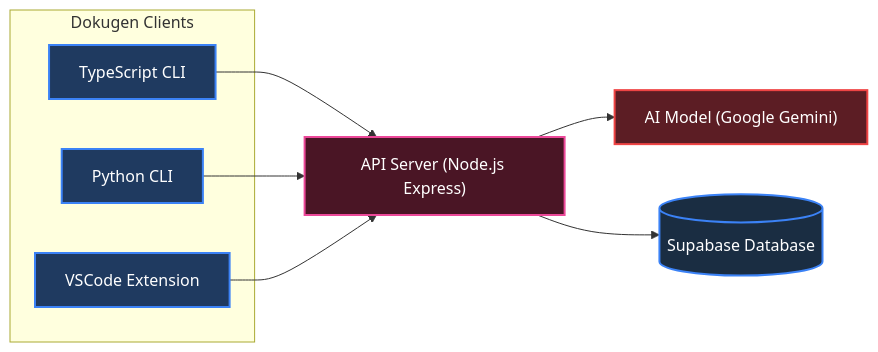
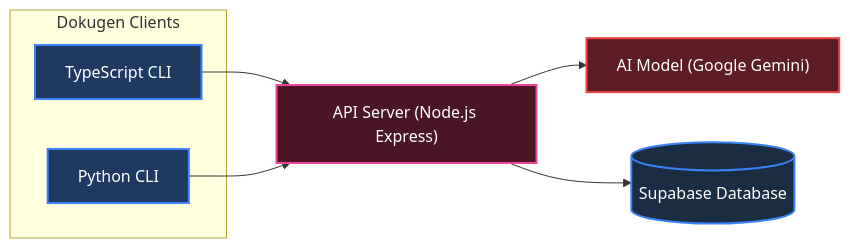
Before and after one commit to samueltuoyo15/Dokugen: the fourth of 4 diagrams in README.md, drawn with Mermaid. The commit also changed other lines of this file and 14 other files, not shown here.

Commit message:
feat(analytics): implement interactive leaderboard sorting and enhacne visualization with stacked compose charts

````diff
--- a/README.md
+++ b/README.md
@@ -240,25 +238,22 @@
 ```mermaid
 flowchart LR
   subgraph Clients["Dokugen Clients"]
     TSCLI["TypeScript CLI"]
     PythonCLI["Python CLI"]
-    VSCodeExt["VSCode Extension"]
   end
 
   API["API Server (Node.js Express)"]
   AI["AI Model (Google Gemini)"]
   DB[("Supabase Database")]
 
   TSCLI --> API
   PythonCLI --> API
-  VSCodeExt --> API
   API --> AI
   API --> DB
 
   style TSCLI fill:#1f3a60,stroke:#3b82f6,stroke-width:2px,color:#fff
   style PythonCLI fill:#1f3a60,stroke:#3b82f6,stroke-width:2px,color:#fff
-  style VSCodeExt fill:#1f3a60,stroke:#3b82f6,stroke-width:2px,color:#fff
   style API fill:#4a1525,stroke:#ec4899,stroke-width:2px,color:#fff
   style AI fill:#5c1d24,stroke:#ef4444,stroke-width:2px,color:#fff
   style DB fill:#1a2d42,stroke:#3b82f6,stroke-width:2px,color:#fff
 ```
````
